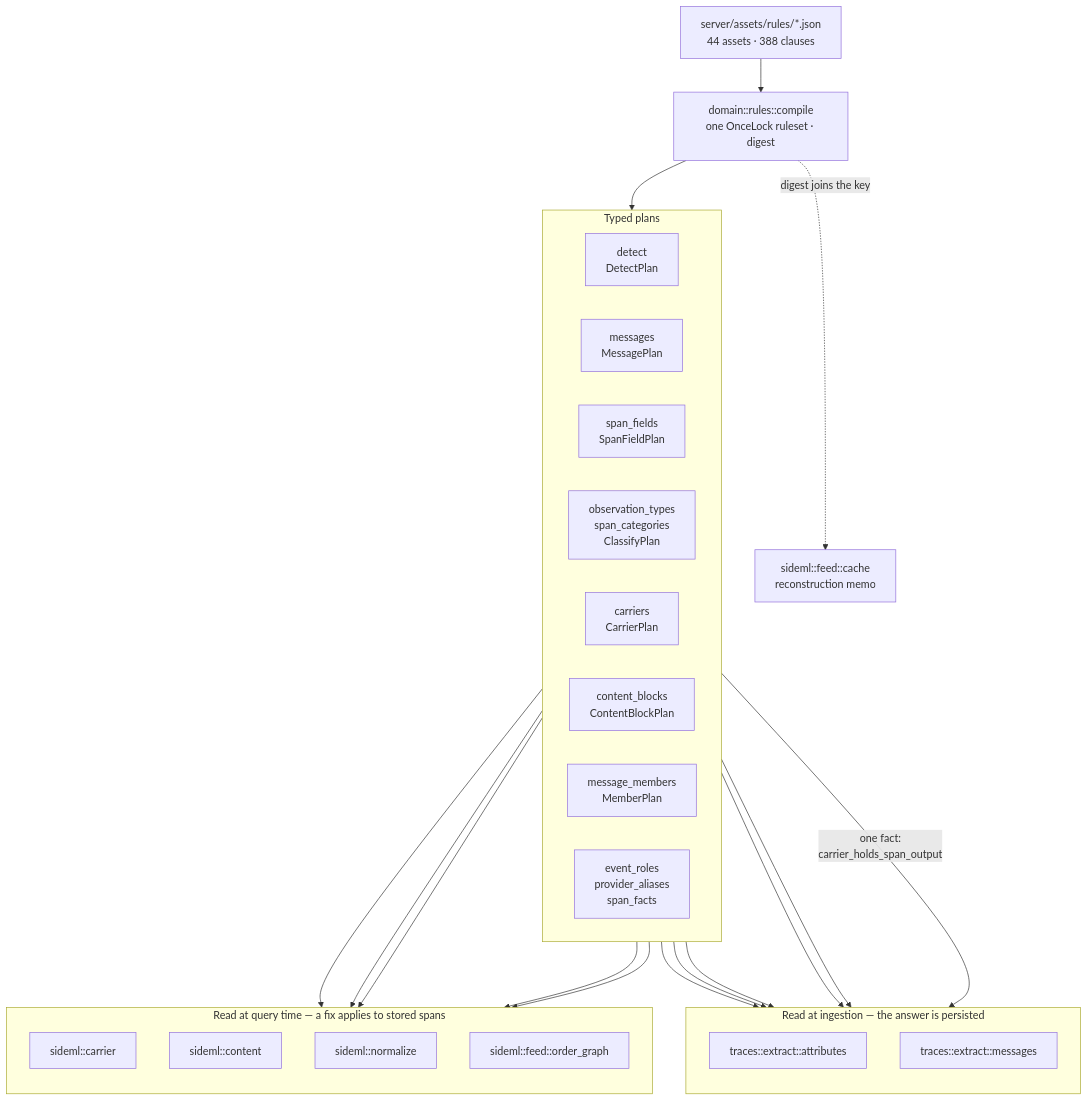
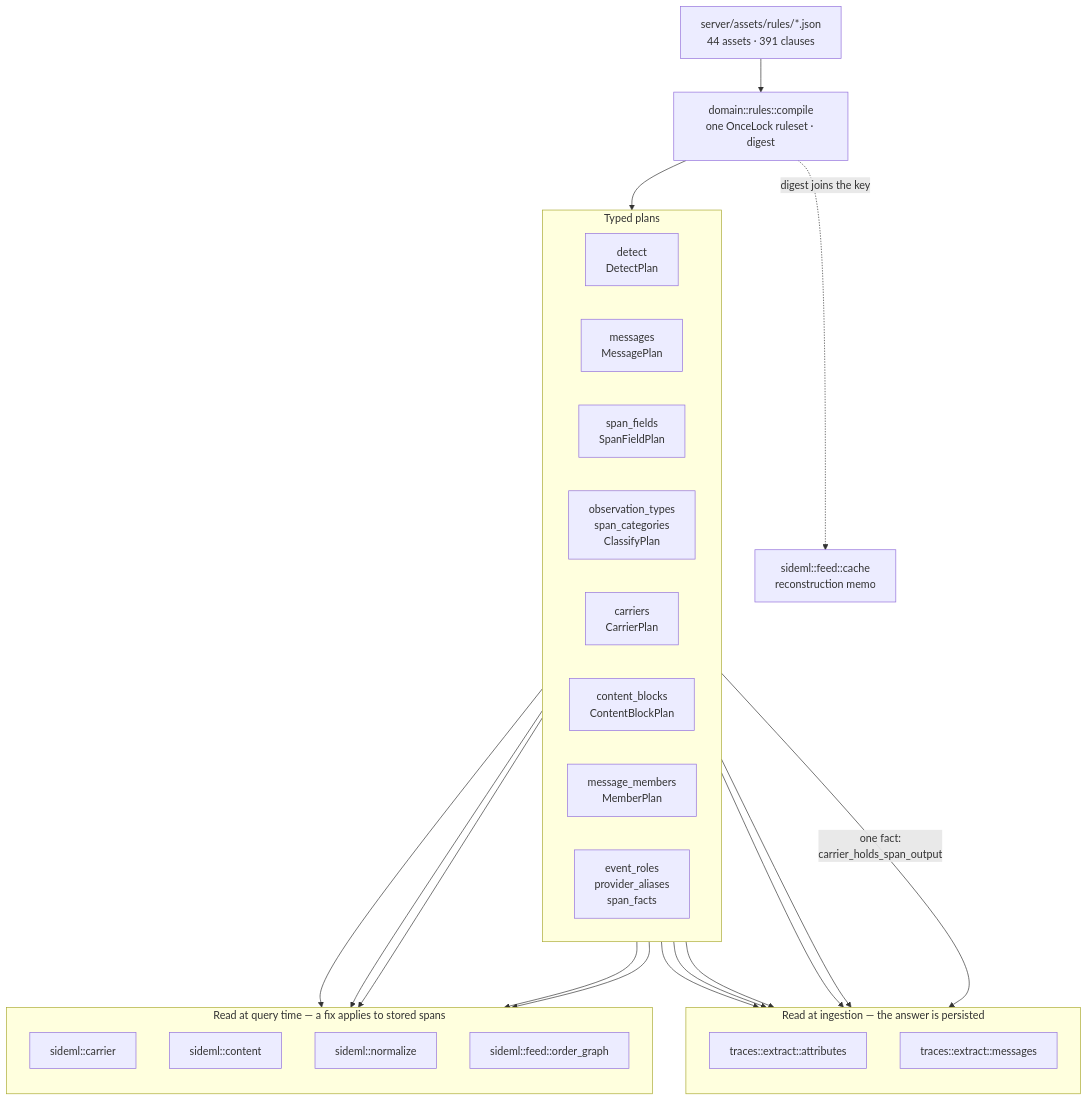
Before and after one commit to sideseat/sideseat: the first of 7 diagrams in docs/engineering/architecture-diagrams.md, drawn with Mermaid. The commit also changed 1 other file, not shown here.

Commit message:
docs(architecture): refresh rule clause counts

````diff
--- a/docs/engineering/architecture-diagrams.md
+++ b/docs/engineering/architecture-diagrams.md
@@ -18,47 +18,47 @@
 ```mermaid
 flowchart TB
-    assets["server/assets/rules/*.json<br/>44 assets · 388 clauses"]
+    assets["server/assets/rules/*.json<br/>44 assets · 391 clauses"]
     compile["domain::rules::compile<br/>one OnceLock ruleset · digest"]
     assets --> compile
 
     subgraph plans["Typed plans"]
         direction LR
         detect["detect<br/>DetectPlan"]
         messages["messages<br/>MessagePlan"]
         fields["span_fields<br/>SpanFieldPlan"]
         classify["observation_types<br/>span_categories<br/>ClassifyPlan"]
         carriers["carriers<br/>CarrierPlan"]
         blocks["content_blocks<br/>ContentBlockPlan"]
         members["message_members<br/>MemberPlan"]
         roles["event_roles<br/>provider_aliases<br/>span_facts"]
     end
     compile --> plans
 
     subgraph ingest["Read at ingestion — the answer is persisted"]
         direction TB
         attrs["traces::extract::attributes"]
         msgs["traces::extract::messages"]
     end
 
     subgraph query["Read at query time — a fix applies to stored spans"]
         direction TB
         carrier["sideml::carrier"]
         content["sideml::content"]
         normalize["sideml::normalize"]
         order["sideml::feed::order_graph"]
     end
 
     detect --> attrs
     fields --> attrs
     classify --> attrs
     roles --> attrs
     messages --> msgs
     carriers -->|"one fact:<br/>carrier_holds_span_output"| msgs
     carriers --> carrier
     carriers --> order
     blocks --> content
     members --> content
     roles --> normalize
 
     compile -. "digest joins the key" .-> cache["sideml::feed::cache<br/>reconstruction memo"]
 ```
````
